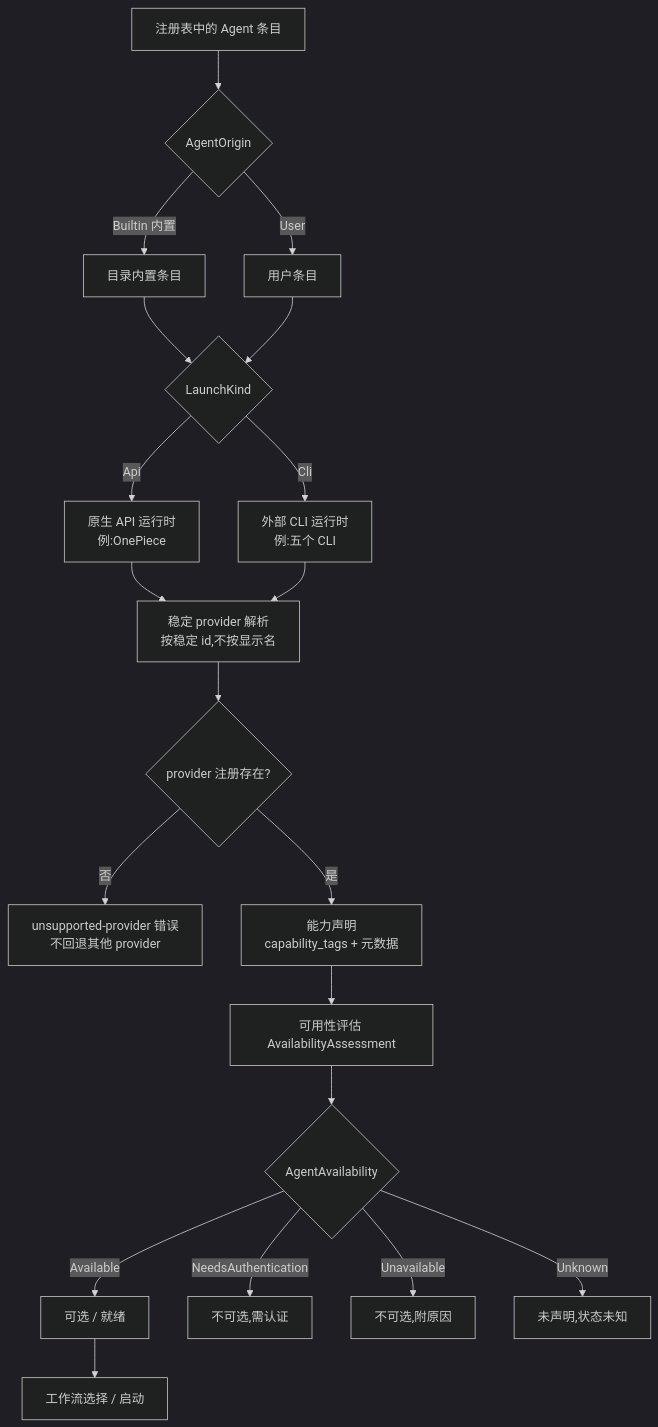
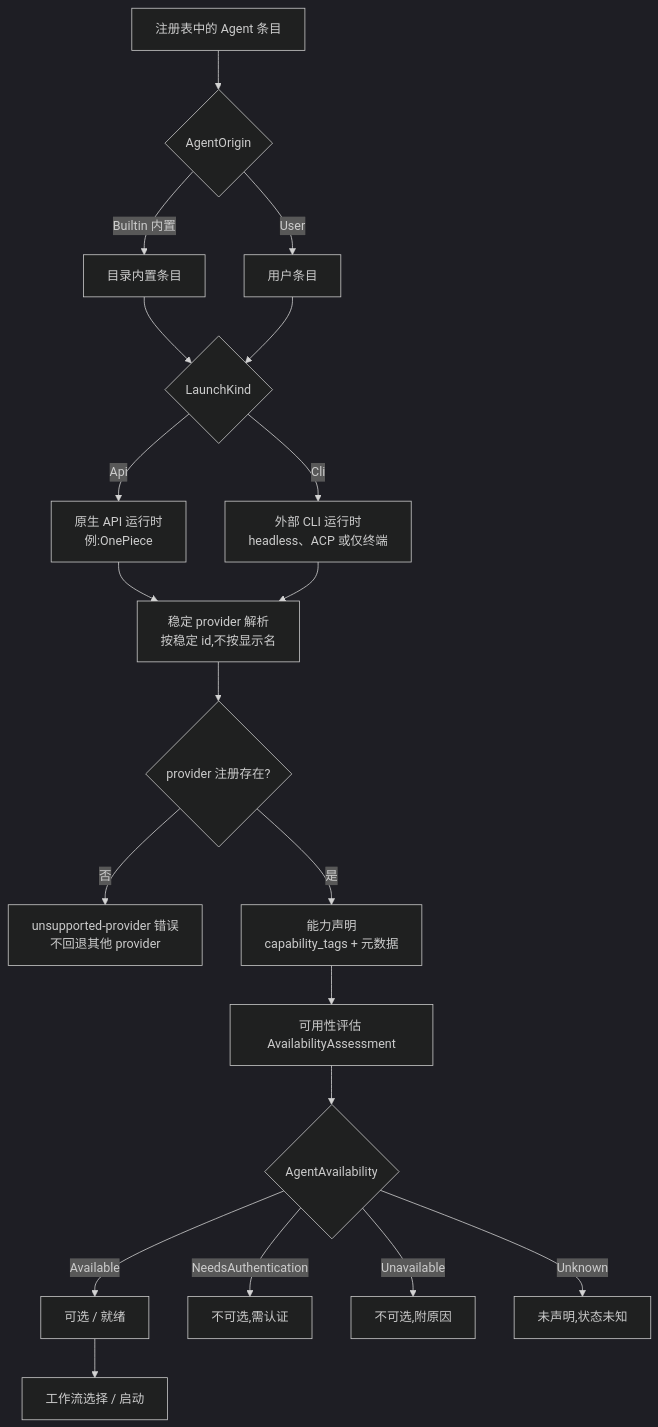
One commit to cdavid817/vanehub-ai changed the diagram in docs/developer-guide/zh-CN/src/agent-lifecycle.md. Above: the diagram before and after it, drawn with Mermaid (dark theme). The commit also changed other lines of this file and 82 other files, not shown here.

````diff
--- a/docs/developer-guide/zh-CN/src/agent-lifecycle.md
+++ b/docs/developer-guide/zh-CN/src/agent-lifecycle.md
@@ -23,22 +23,22 @@
 ```mermaid
 flowchart TD
     A["注册表中的 Agent 条目"] --> B{"AgentOrigin"}
     B -- "Builtin 内置" --> C["目录内置条目"]
     B -- "User" --> D["用户条目"]
     C --> E{"LaunchKind"}
     D --> E
     E -- "Api" --> F["原生 API 运行时<br/>例:OnePiece"]
-    E -- "Cli" --> G["外部 CLI 运行时<br/>例:五个 CLI"]
+    E -- "Cli" --> G["外部 CLI 运行时<br/>headless、ACP 或仅终端"]
     F --> H["稳定 provider 解析<br/>按稳定 id,不按显示名"]
     G --> H
     H --> I{"provider 注册存在?"}
     I -- "否" --> J["unsupported-provider 错误<br/>不回退其他 provider"]
     I -- "是" --> K["能力声明<br/>capability_tags + 元数据"]
     K --> L["可用性评估 AvailabilityAssessment"]
     L --> M{"AgentAvailability"}
     M -- "Available" --> N["可选 / 就绪"]
     M -- "NeedsAuthentication" --> O["不可选,需认证"]
     M -- "Unavailable" --> P["不可选,附原因"]
     M -- "Unknown" --> Q["未声明,状态未知"]
     N --> R["工作流选择 / 启动"]
 ```
````
